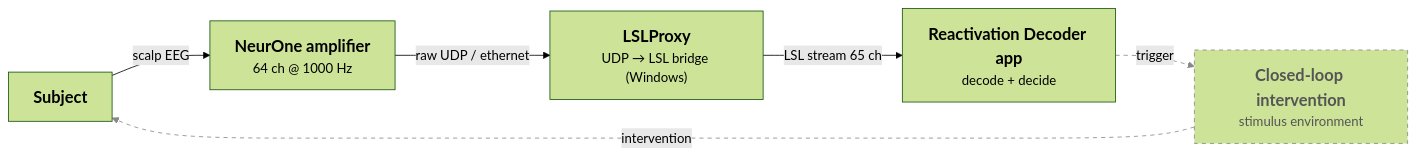
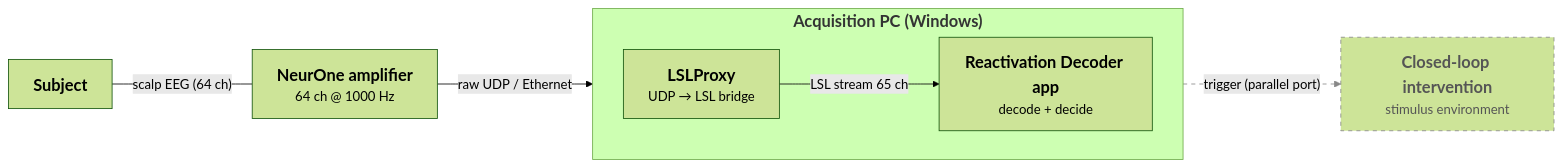
The fifth of 5 diagrams in docs/diagrams/Project Diagrams Blueprints.md (roiguri/live-reactivation-decoder), drawn with Mermaid (forest theme) before and after one commit. The commit also changed other lines of this file and 1 other file, not shown here.

First line of the commit message:
docs(diagrams): redraw Figure 5 hardware path with Acquisition PC host

````diff
--- a/docs/diagrams/Project Diagrams Blueprints.md
+++ b/docs/diagrams/Project Diagrams Blueprints.md
@@ -264,18 +267,20 @@
 ```mermaid
 flowchart LR
     Subject["<span style='font-size:20px'><b>Subject</b></span>"]
     Amp["<span style='font-size:20px'><b>NeurOne amplifier</b></span><br>64 ch @ 1000 Hz"]
-    Proxy["<span style='font-size:20px'><b>LSLProxy</b></span><br>UDP → LSL bridge (Windows)"]
-    App["<span style='font-size:20px'><b>Reactivation Decoder app</b></span><br>decode + decide"]
+    subgraph AcqPC["<span style='font-size:20px'><b>Acquisition PC (Windows)</b></span>"]
+        direction LR
+        Proxy["<span style='font-size:20px'><b>LSLProxy</b></span><br>UDP → LSL bridge"]
+        App["<span style='font-size:20px'><b>Reactivation Decoder app</b></span><br>decode + decide"]
+        Proxy -->|"LSL stream 65 ch"| App
+    end
     Down["<span style='font-size:20px'><b>Closed-loop intervention</b></span><br>stimulus environment"]
 
-    Subject -->|scalp EEG| Amp
-    Amp -->|raw UDP / ethernet| Proxy
-    Proxy -->|LSL stream 65 ch| App
-    App -.->|trigger| Down
-    Down -.->|intervention| Subject
+    Subject ---|"scalp EEG (64 ch)"| Amp
+    Amp -->|"raw UDP / Ethernet"| Proxy
+    App -.->|"trigger (parallel port)"| Down
 
     classDef future stroke:#888,stroke-dasharray: 5 5,color:#555;
     class Down future;
-    linkStyle 3,4 stroke:#888,stroke-dasharray: 5 5;
+    linkStyle 3 stroke:#888,stroke-dasharray: 5 5;
 ```
````
